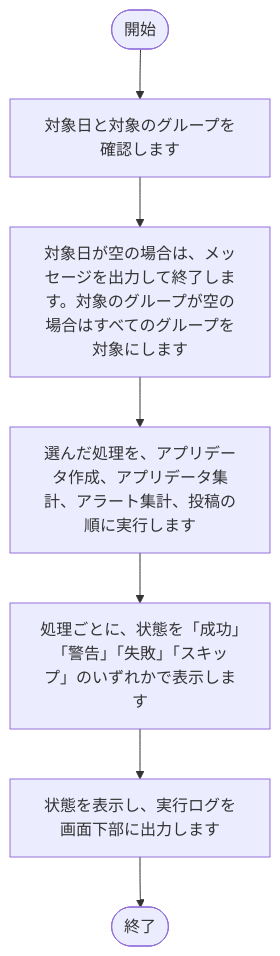
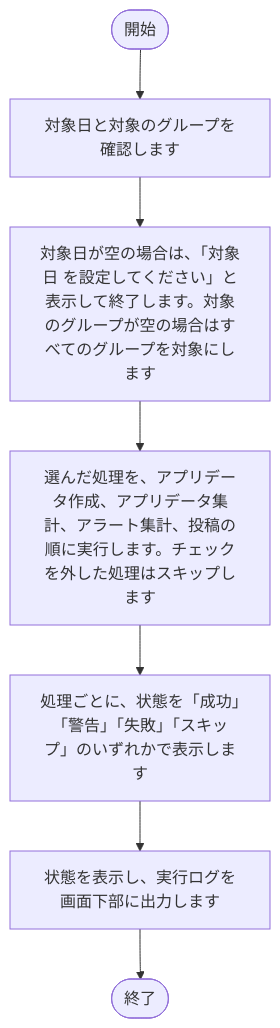
Before and after one commit to nishida2073/project_management: the first of 25 diagrams in tool/kintone-aggregator/doc/02_設計/処理フロー.md, drawn with Mermaid. The commit also changed other lines of this file and 35 other files, not shown here.

````diff
--- a/tool/kintone-aggregator/doc/02_設計/処理フロー.md
+++ b/tool/kintone-aggregator/doc/02_設計/処理フロー.md
@@ -46,16 +46,16 @@
 ```mermaid
 flowchart TD
     S(["開始"])
     E(["終了"])
     N1["対象日と対象のグループを確認します"]
     S --> N1
-    N2["対象日が空の場合は、メッセージを出力して終了します。対象のグループが空の場合はすべてのグループを対象にします"]
+    N2["対象日が空の場合は、「対象日 を設定してください」と表示して終了します。対象のグループが空の場合はすべてのグループを対象にします"]
     N1 --> N2
-    N3["選んだ処理を、アプリデータ作成、アプリデータ集計、アラート集計、投稿の順に実行します"]
+    N3["選んだ処理を、アプリデータ作成、アプリデータ集計、アラート集計、投稿の順に実行します。チェックを外した処理はスキップします"]
     N2 --> N3
     N4["処理ごとに、状態を「成功」「警告」「失敗」「スキップ」のいずれかで表示します"]
     N3 --> N4
     N5["状態を表示し、実行ログを画面下部に出力します"]
     N4 --> N5
     N5 --> E
 ```
````
